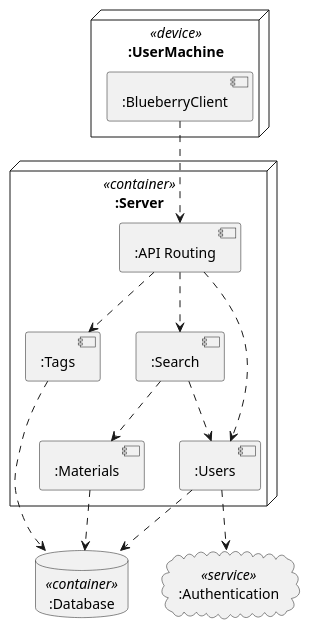
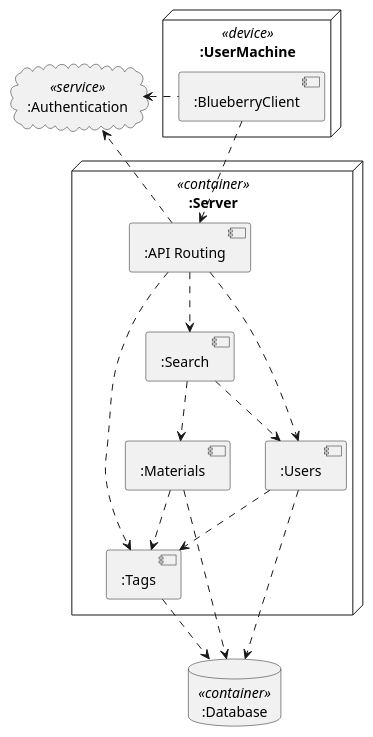
The diagram in docs/uml/deployment.puml (toffernator/blueberry), drawn with PlantUML before and after one commit. The commit also changed 4 other files, not shown here.

Commit message:
Update a bunch of SDD diagrams (#153)

```diff
--- a/docs/uml/deployment.puml
+++ b/docs/uml/deployment.puml
@@ -1,33 +1,37 @@
 @startuml
 node ":UserMachine" <<device>> {
      component ":BlueberryClient" as client
 }
 
 node ":Server" <<container>> {
      component ":API Routing" as api
      component ":Materials" as materials
      component ":Users" as users
      component ":Tags" as tags
      component ":Search" as search
 }
 
 database ":Database" <<container>> as db
 cloud ":Authentication" <<service>> as auth
 
 
 
 client -.> api
 api -.> search
 api -.> users
 api -.> tags
 
 search -.> materials
 search -.> users
 
+
+materials -.> tags
+users -.> tags
 materials -.> db
 tags -.> db
 users -.> db
 
-users -.> auth
+client -left.> auth
+api -.> auth
 
 @enduml
```
